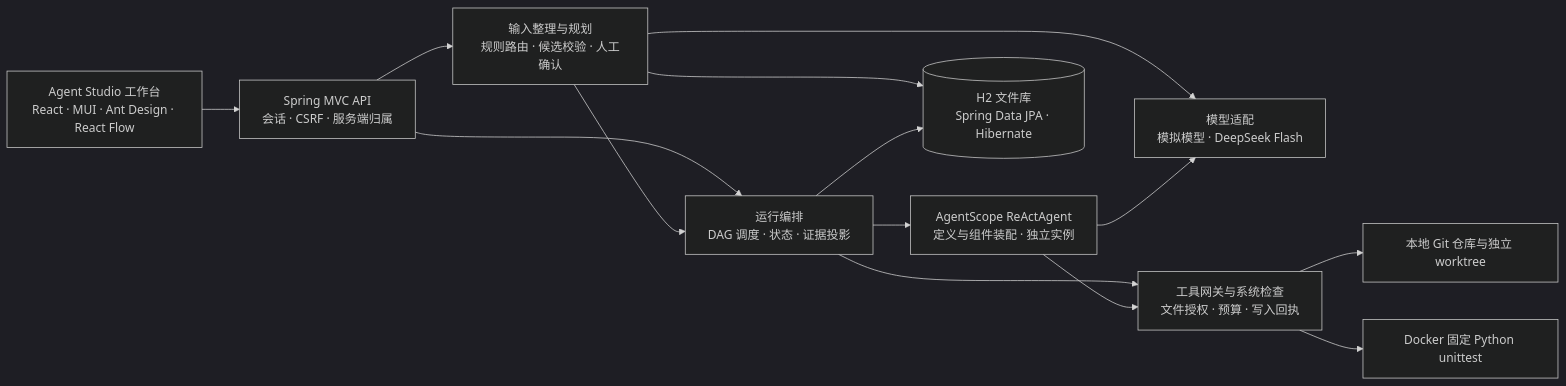
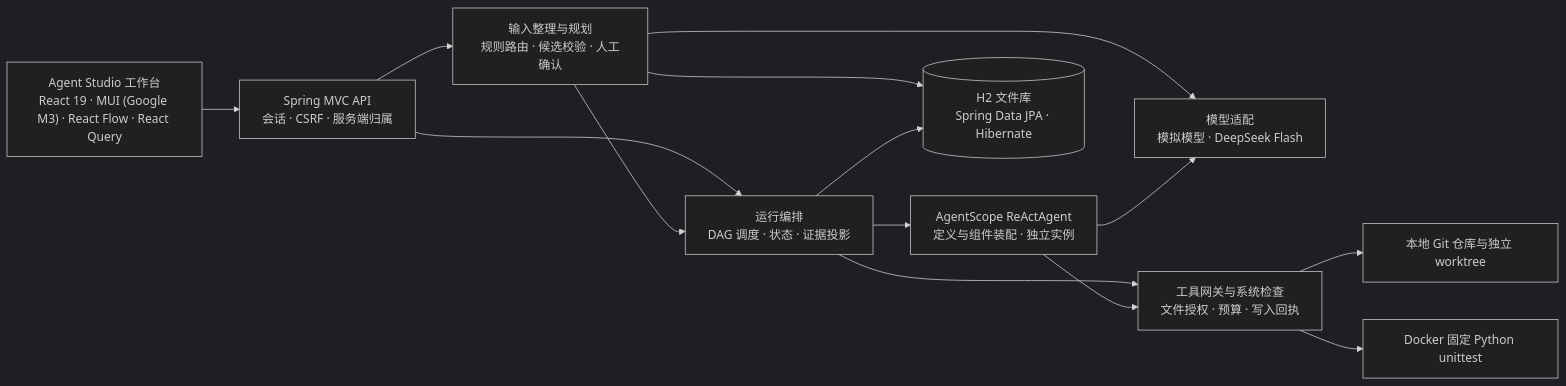
One commit to Qi-95827/glassbox-agent-studio changed the first of 2 diagrams in docs/项目总览_产品需求与技术架构.md. Above: the diagram before and after it, drawn with Mermaid (dark theme). The commit also changed other lines of this file and 104 other files, not shown here.

````diff
--- a/docs/项目总览_产品需求与技术架构.md
+++ b/docs/项目总览_产品需求与技术架构.md
@@ -52,26 +52,26 @@
 ```mermaid
 flowchart LR
-    UI["Agent Studio 工作台<br/>React · MUI · Ant Design · React Flow"]
+    UI["Agent Studio 工作台<br/>React 19 · MUI (Google M3) · React Flow · React Query"]
     API["Spring MVC API<br/>会话 · CSRF · 服务端归属"]
     PLAN["输入整理与规划<br/>规则路由 · 候选校验 · 人工确认"]
     RUN["运行编排<br/>DAG 调度 · 状态 · 证据投影"]
     AGENT["AgentScope ReActAgent<br/>定义与组件装配 · 独立实例"]
     MODEL["模型适配<br/>模拟模型 · DeepSeek Flash"]
     TOOLS["工具网关与系统检查<br/>文件授权 · 预算 · 写入回执"]
     DB[("H2 文件库<br/>Spring Data JPA · Hibernate")]
     GIT["本地 Git 仓库与独立 worktree"]
     DOCKER["Docker 固定 Python unittest"]
     UI --> API
     API --> PLAN
     API --> RUN
     PLAN --> RUN
     PLAN --> MODEL
     PLAN --> DB
     RUN --> AGENT
     RUN --> TOOLS
     RUN --> DB
     AGENT --> MODEL
     AGENT --> TOOLS
     TOOLS --> GIT
     TOOLS --> DOCKER
 ```
````
